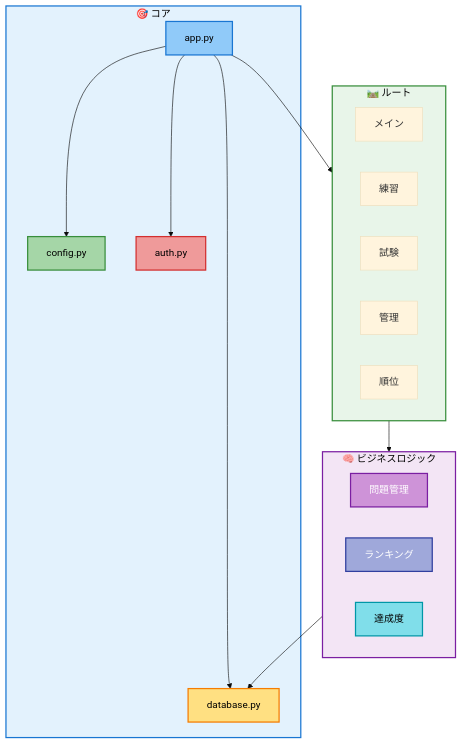
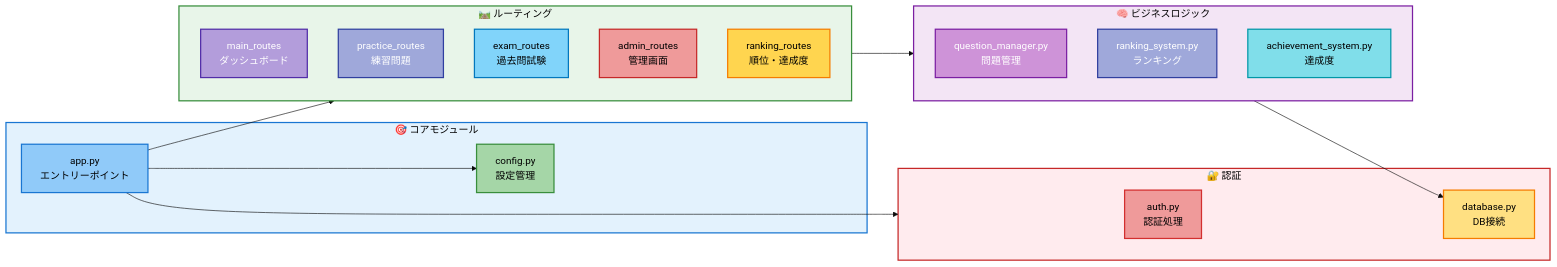
One commit to d01ki/FE-master changed the fourth of 4 diagrams in docs/diagrams.md. Above: the diagram before and after it, drawn with Mermaid (base theme). The commit also changed other lines of this file, not shown here.

Commit message:
docs: Simplify diagrams and make them horizontal layout

````diff
--- a/docs/diagrams.md
+++ b/docs/diagrams.md
@@ -239,42 +165,51 @@
 ```mermaid
-flowchart TB
-    subgraph Core["🎯 コア"]
-        App["app.py"]
-        Config["config.py"]
-        DB["database.py"]
-        Auth["auth.py"]
+flowchart LR
+    subgraph Core["🎯 コアモジュール"]
+        App["app.py<br/>エントリーポイント"]
+        Config["config.py<br/>設定管理"]
+    end
+    
+    subgraph Auth["🔐 認証"]
+        AuthPy["auth.py<br/>認証処理"]
+        DB["database.py<br/>DB接続"]
     end
     
     subgraph Logic["🧠 ビジネスロジック"]
-        QM["問題管理"]
-        RS["ランキング"]
-        AS["達成度"]
+        QM["question_manager.py<br/>問題管理"]
+        RS["ranking_system.py<br/>ランキング"]
+        AS["achievement_system.py<br/>達成度"]
     end
     
-    subgraph Routes["🛤️ ルート"]
-        Main["メイン"]
-        Practice["練習"]
-        Exam["試験"]
-        Admin["管理"]
-        Ranking["順位"]
+    subgraph Routes["🛤️ ルーティング"]
+        Main["main_routes<br/>ダッシュボード"]
+        Practice["practice_routes<br/>練習問題"]
+        Exam["exam_routes<br/>過去問試験"]
+        Admin["admin_routes<br/>管理画面"]
+        Ranking["ranking_routes<br/>順位・達成度"]
     end
     
     App --> Config
-    App --> DB
     App --> Auth
     App --> Routes
     
     Routes --> Logic
     Logic --> DB
+    Auth --> DB
     
     style App fill:#90CAF9,stroke:#1976D2,stroke-width:2px,color:#000
     style Config fill:#A5D6A7,stroke:#388E3C,stroke-width:2px,color:#000
+    style AuthPy fill:#EF9A9A,stroke:#D32F2F,stroke-width:2px,color:#000
     style DB fill:#FFE082,stroke:#F57C00,stroke-width:2px,color:#000
-    style Auth fill:#EF9A9A,stroke:#D32F2F,stroke-width:2px,color:#000
     style QM fill:#CE93D8,stroke:#7B1FA2,stroke-width:2px,color:#fff
     style RS fill:#9FA8DA,stroke:#303F9F,stroke-width:2px,color:#fff
     style AS fill:#80DEEA,stroke:#0097A7,stroke-width:2px,color:#000
+    style Main fill:#B39DDB,stroke:#512DA8,stroke-width:2px,color:#fff
+    style Practice fill:#9FA8DA,stroke:#303F9F,stroke-width:2px,color:#fff
+    style Exam fill:#81D4FA,stroke:#0277BD,stroke-width:2px,color:#000
+    style Admin fill:#EF9A9A,stroke:#C62828,stroke-width:2px,color:#000
+    style Ranking fill:#FFD54F,stroke:#F57C00,stroke-width:2px,color:#000
     style Core fill:#E3F2FD,stroke:#1976D2,stroke-width:2px,color:#000
+    style Auth fill:#FFEBEE,stroke:#C62828,stroke-width:2px,color:#000
     style Logic fill:#F3E5F5,stroke:#7B1FA2,stroke-width:2px,color:#000
     style Routes fill:#E8F5E9,stroke:#388E3C,stroke-width:2px,color:#000
 ```
````
